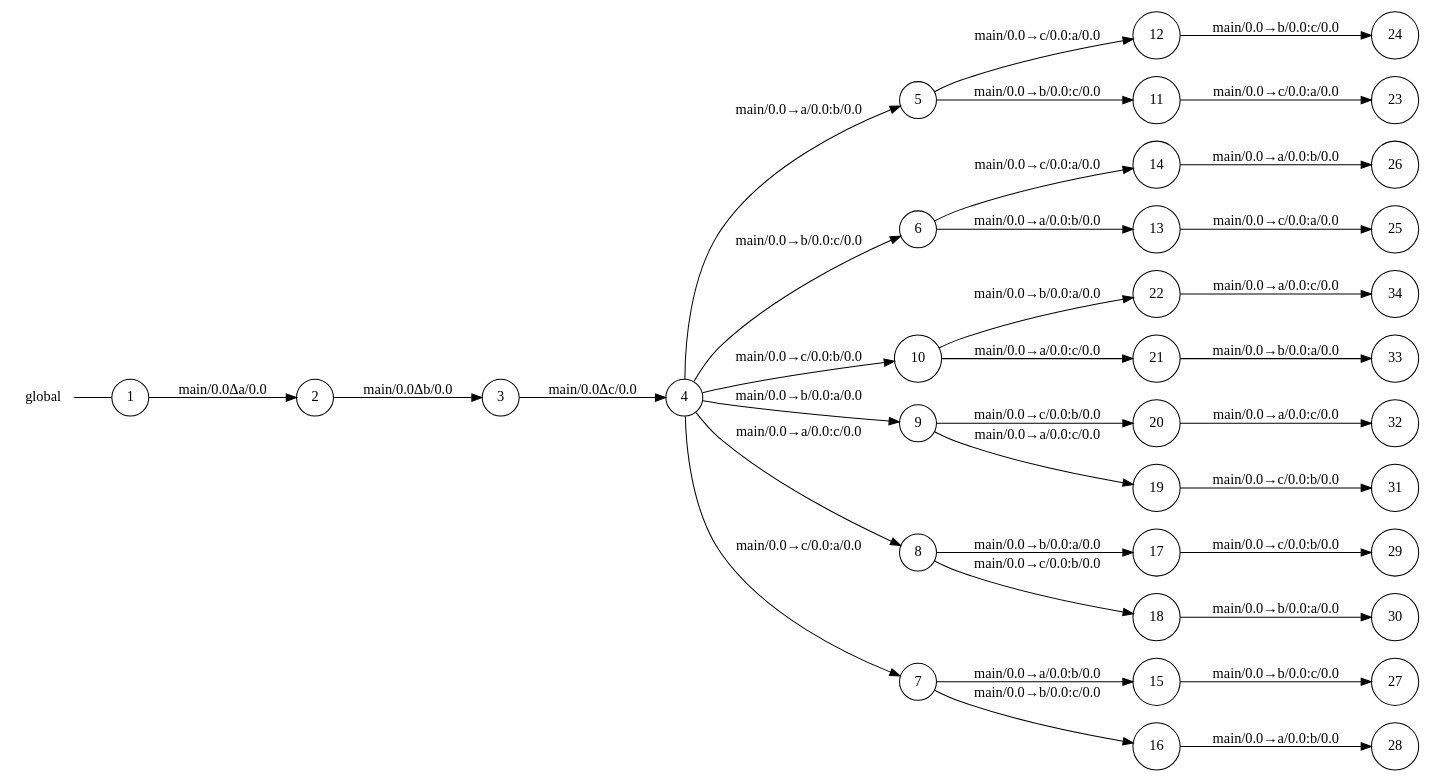
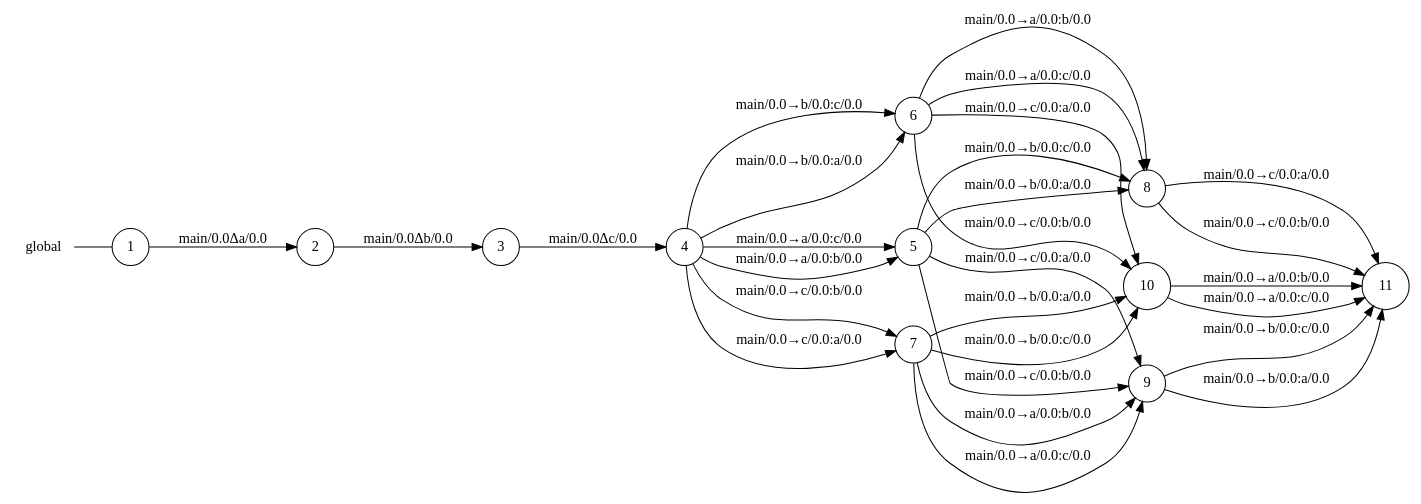
The diagram in examples/if-cases/main_0_global_view.dot (gabrielegenovese/chorer), drawn with Graphviz before and after one commit. The commit also changed 66 other files, not shown here.

```diff
--- a/examples/if-cases/main_0_global_view.dot
+++ b/examples/if-cases/main_0_global_view.dot
@@ -1,73 +1,44 @@
 digraph global {
 	rankdir="LR";
 	n_0 [label="global", shape="plaintext"];
-	n_1 [id="33", shape=circle, label="33"];
-	n_2 [id="34", shape=circle, label="34"];
-	n_3 [id="20", shape=circle, label="20"];
-	n_4 [id="27", shape=circle, label="27"];
-	n_5 [id="29", shape=circle, label="29"];
-	n_6 [id="23", shape=circle, label="23"];
-	n_7 [id="25", shape=circle, label="25"];
-	n_8 [id="5", shape=circle, label="5"];
-	n_9 [id="28", shape=circle, label="28"];
-	n_10 [id="15", shape=circle, label="15"];
-	n_11 [id="19", shape=circle, label="19"];
-	n_12 [id="12", shape=circle, label="12"];
-	n_13 [id="11", shape=circle, label="11"];
-	n_14 [id="17", shape=circle, label="17"];
-	n_15 [id="18", shape=circle, label="18"];
-	n_16 [id="14", shape=circle, label="14"];
-	n_17 [id="6", shape=circle, label="6"];
-	n_18 [id="13", shape=circle, label="13"];
-	n_19 [id="24", shape=circle, label="24"];
-	n_20 [id="10", shape=circle, label="10"];
-	n_21 [id="30", shape=circle, label="30"];
-	n_22 [id="22", shape=circle, label="22"];
-	n_23 [id="1", shape=circle, label="1"];
-	n_0 -> n_23 [arrowhead=none];
-	n_24 [id="26", shape=circle, label="26"];
-	n_25 [id="9", shape=circle, label="9"];
-	n_26 [id="2", shape=circle, label="2"];
-	n_27 [id="21", shape=circle, label="21"];
-	n_28 [id="8", shape=circle, label="8"];
-	n_29 [id="4", shape=circle, label="4"];
-	n_30 [id="31", shape=circle, label="31"];
-	n_31 [id="32", shape=circle, label="32"];
-	n_32 [id="7", shape=circle, label="7"];
-	n_33 [id="3", shape=circle, label="3"];
-	n_34 [id="16", shape=circle, label="16"];
+	n_1 [id="5", shape=circle, label="5"];
+	n_2 [id="11", shape=circle, label="11"];
+	n_3 [id="6", shape=circle, label="6"];
+	n_4 [id="10", shape=circle, label="10"];
+	n_5 [id="1", shape=circle, label="1"];
+	n_0 -> n_5 [arrowhead=none];
+	n_6 [id="9", shape=circle, label="9"];
+	n_7 [id="2", shape=circle, label="2"];
+	n_8 [id="8", shape=circle, label="8"];
+	n_9 [id="4", shape=circle, label="4"];
+	n_10 [id="7", shape=circle, label="7"];
+	n_11 [id="3", shape=circle, label="3"];
 
-	n_29 -> n_8 [id="[$e|3]", label="main/0.0→a/0.0:b/0.0"];
-	n_17 -> n_18 [id="[$e|11]", label="main/0.0→a/0.0:b/0.0"];
-	n_12 -> n_19 [id="[$e|22]", label="main/0.0→b/0.0:c/0.0"];
-	n_17 -> n_16 [id="[$e|12]", label="main/0.0→c/0.0:a/0.0"];
-	n_20 -> n_22 [id="[$e|20]", label="main/0.0→b/0.0:a/0.0"];
-	n_3 -> n_31 [id="[$e|30]", label="main/0.0→a/0.0:c/0.0"];
-	n_29 -> n_20 [id="[$e|8]", label="main/0.0→c/0.0:b/0.0"];
-	n_26 -> n_33 [id="[$e|1]", label="main/0.0Δb/0.0"];
-	n_34 -> n_9 [id="[$e|26]", label="main/0.0→a/0.0:b/0.0"];
-	n_29 -> n_28 [id="[$e|6]", label="main/0.0→a/0.0:c/0.0"];
-	n_27 -> n_1 [id="[$e|31]", label="main/0.0→b/0.0:a/0.0"];
-	n_13 -> n_6 [id="[$e|21]", label="main/0.0→c/0.0:a/0.0"];
-	n_14 -> n_5 [id="[$e|27]", label="main/0.0→c/0.0:b/0.0"];
-	n_32 -> n_34 [id="[$e|14]", label="main/0.0→b/0.0:c/0.0"];
-	n_22 -> n_2 [id="[$e|32]", label="main/0.0→a/0.0:c/0.0"];
-	n_29 -> n_17 [id="[$e|4]", label="main/0.0→b/0.0:c/0.0"];
-	n_11 -> n_30 [id="[$e|29]", label="main/0.0→c/0.0:b/0.0"];
-	n_29 -> n_25 [id="[$e|7]", label="main/0.0→b/0.0:a/0.0"];
-	n_16 -> n_24 [id="[$e|24]", label="main/0.0→a/0.0:b/0.0"];
-	n_15 -> n_21 [id="[$e|28]", label="main/0.0→b/0.0:a/0.0"];
-	n_28 -> n_15 [id="[$e|16]", label="main/0.0→c/0.0:b/0.0"];
-	n_33 -> n_29 [id="[$e|2]", label="main/0.0Δc/0.0"];
-	n_25 -> n_11 [id="[$e|17]", label="main/0.0→a/0.0:c/0.0"];
-	n_29 -> n_32 [id="[$e|5]", label="main/0.0→c/0.0:a/0.0"];
-	n_23 -> n_26 [id="[$e|0]", label="main/0.0Δa/0.0"];
-	n_32 -> n_10 [id="[$e|13]", label="main/0.0→a/0.0:b/0.0"];
-	n_10 -> n_4 [id="[$e|25]", label="main/0.0→b/0.0:c/0.0"];
-	n_25 -> n_3 [id="[$e|18]", label="main/0.0→c/0.0:b/0.0"];
-	n_28 -> n_14 [id="[$e|15]", label="main/0.0→b/0.0:a/0.0"];
-	n_18 -> n_7 [id="[$e|23]", label="main/0.0→c/0.0:a/0.0"];
-	n_8 -> n_13 [id="[$e|9]", label="main/0.0→b/0.0:c/0.0"];
-	n_20 -> n_27 [id="[$e|19]", label="main/0.0→a/0.0:c/0.0"];
-	n_8 -> n_12 [id="[$e|10]", label="main/0.0→c/0.0:a/0.0"];
+	n_1 -> n_6 [id="[$e|10]", label="main/0.0→c/0.0:a/0.0"];
+	n_3 -> n_8 [id="[$e|11]", label="main/0.0→a/0.0:b/0.0"];
+	n_1 -> n_8 [id="[$e|9]", label="main/0.0→b/0.0:c/0.0"];
+	n_3 -> n_8 [id="[$e|17]", label="main/0.0→a/0.0:c/0.0"];
+	n_10 -> n_4 [id="[$e|20]", label="main/0.0→b/0.0:a/0.0"];
+	n_3 -> n_4 [id="[$e|12]", label="main/0.0→c/0.0:a/0.0"];
+	n_9 -> n_10 [id="[$e|8]", label="main/0.0→c/0.0:b/0.0"];
+	n_10 -> n_4 [id="[$e|14]", label="main/0.0→b/0.0:c/0.0"];
+	n_6 -> n_2 [id="[$e|22]", label="main/0.0→b/0.0:c/0.0"];
+	n_9 -> n_1 [id="[$e|6]", label="main/0.0→a/0.0:c/0.0"];
+	n_9 -> n_1 [id="[$e|3]", label="main/0.0→a/0.0:b/0.0"];
+	n_3 -> n_4 [id="[$e|18]", label="main/0.0→c/0.0:b/0.0"];
+	n_6 -> n_2 [id="[$e|25]", label="main/0.0→b/0.0:a/0.0"];
+	n_1 -> n_6 [id="[$e|16]", label="main/0.0→c/0.0:b/0.0"];
+	n_4 -> n_2 [id="[$e|23]", label="main/0.0→a/0.0:b/0.0"];
+	n_11 -> n_9 [id="[$e|2]", label="main/0.0Δc/0.0"];
+	n_10 -> n_6 [id="[$e|13]", label="main/0.0→a/0.0:b/0.0"];
+	n_9 -> n_10 [id="[$e|5]", label="main/0.0→c/0.0:a/0.0"];
+	n_8 -> n_2 [id="[$e|21]", label="main/0.0→c/0.0:a/0.0"];
+	n_1 -> n_8 [id="[$e|15]", label="main/0.0→b/0.0:a/0.0"];
+	n_7 -> n_11 [id="[$e|1]", label="main/0.0Δb/0.0"];
+	n_9 -> n_3 [id="[$e|4]", label="main/0.0→b/0.0:c/0.0"];
+	n_10 -> n_6 [id="[$e|19]", label="main/0.0→a/0.0:c/0.0"];
+	n_9 -> n_3 [id="[$e|7]", label="main/0.0→b/0.0:a/0.0"];
+	n_8 -> n_2 [id="[$e|24]", label="main/0.0→c/0.0:b/0.0"];
+	n_4 -> n_2 [id="[$e|26]", label="main/0.0→a/0.0:c/0.0"];
+	n_5 -> n_7 [id="[$e|0]", label="main/0.0Δa/0.0"];
 }
```
